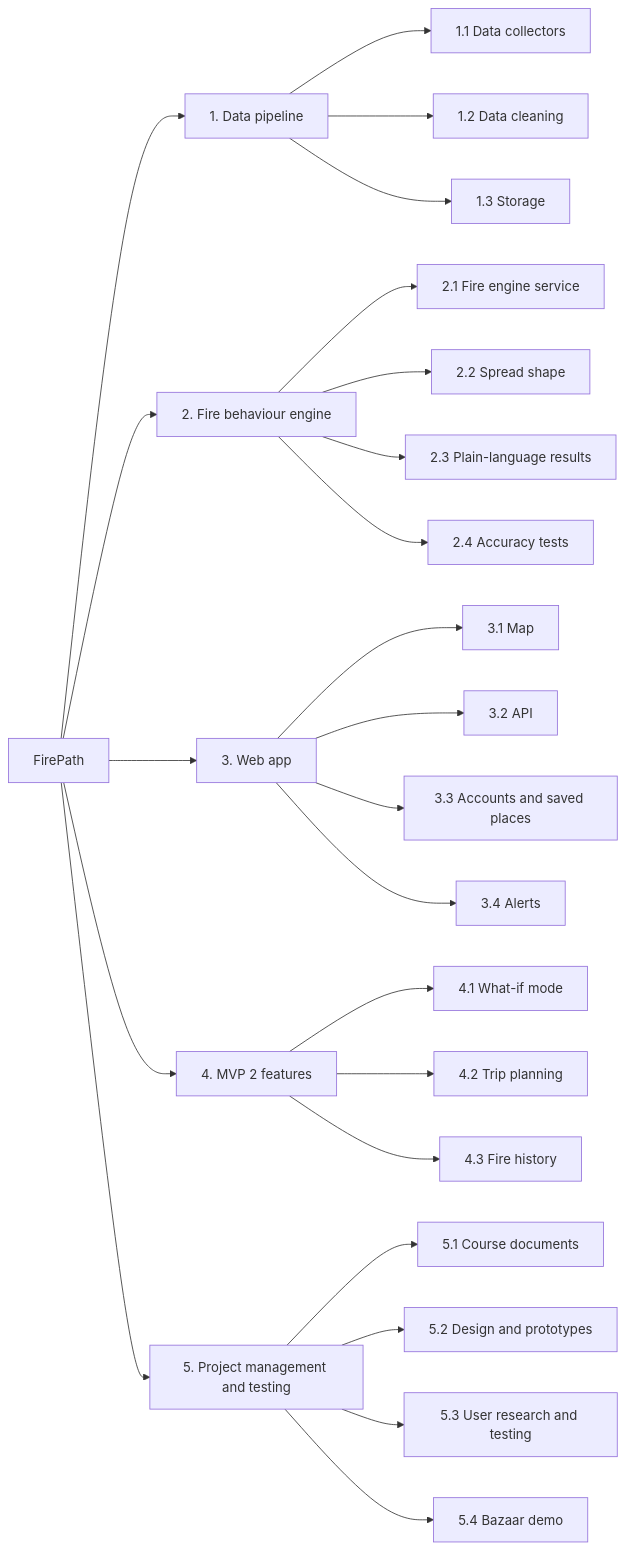
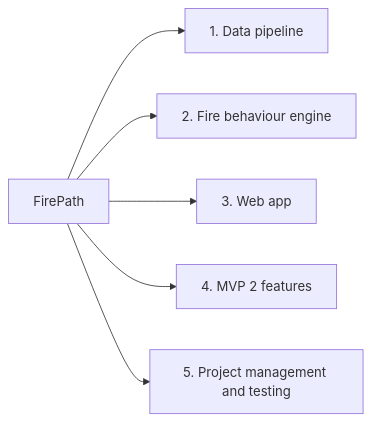
Before and after one commit to MaheenSiddique783/FirePath: the diagram in docs/requirements/Project Scope Statement.md, drawn with Mermaid. The commit also changed other lines of this file and 2 other files, not shown here.

````diff
--- a/docs/requirements/Project Scope Statement.md
+++ b/docs/requirements/Project Scope Statement.md
@@ -9,33 +11,10 @@
 ```mermaid
 flowchart LR
     FP["FirePath"]
 
     FP --> D1["1. Data pipeline"]
     FP --> D2["2. Fire behaviour engine"]
     FP --> D3["3. Web app"]
     FP --> D4["4. MVP 2 features"]
     FP --> D5["5. Project management and testing"]
-
-    D1 --> W11["1.1 Data collectors"]
-    D1 --> W12["1.2 Data cleaning"]
-    D1 --> W13["1.3 Storage"]
-
-    D2 --> W21["2.1 Fire engine service"]
-    D2 --> W22["2.2 Spread shape"]
-    D2 --> W23["2.3 Plain-language results"]
-    D2 --> W24["2.4 Accuracy tests"]
-
-    D3 --> W31["3.1 Map"]
-    D3 --> W32["3.2 API"]
-    D3 --> W33["3.3 Accounts and saved places"]
-    D3 --> W34["3.4 Alerts"]
-
-    D4 --> W41["4.1 What-if mode"]
-    D4 --> W42["4.2 Trip planning"]
-    D4 --> W43["4.3 Fire history"]
-
-    D5 --> W51["5.1 Course documents"]
-    D5 --> W52["5.2 Design and prototypes"]
-    D5 --> W53["5.3 User research and testing"]
-    D5 --> W54["5.4 Bazaar demo"]
 ```
````
